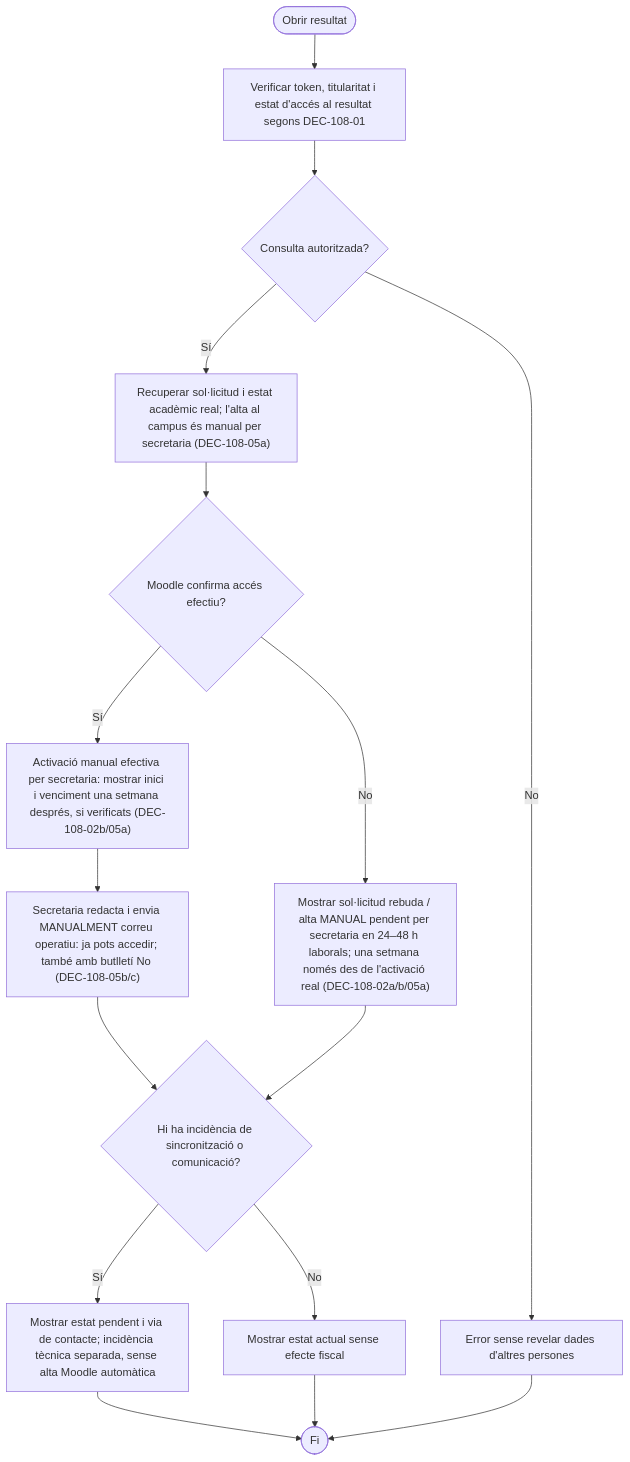
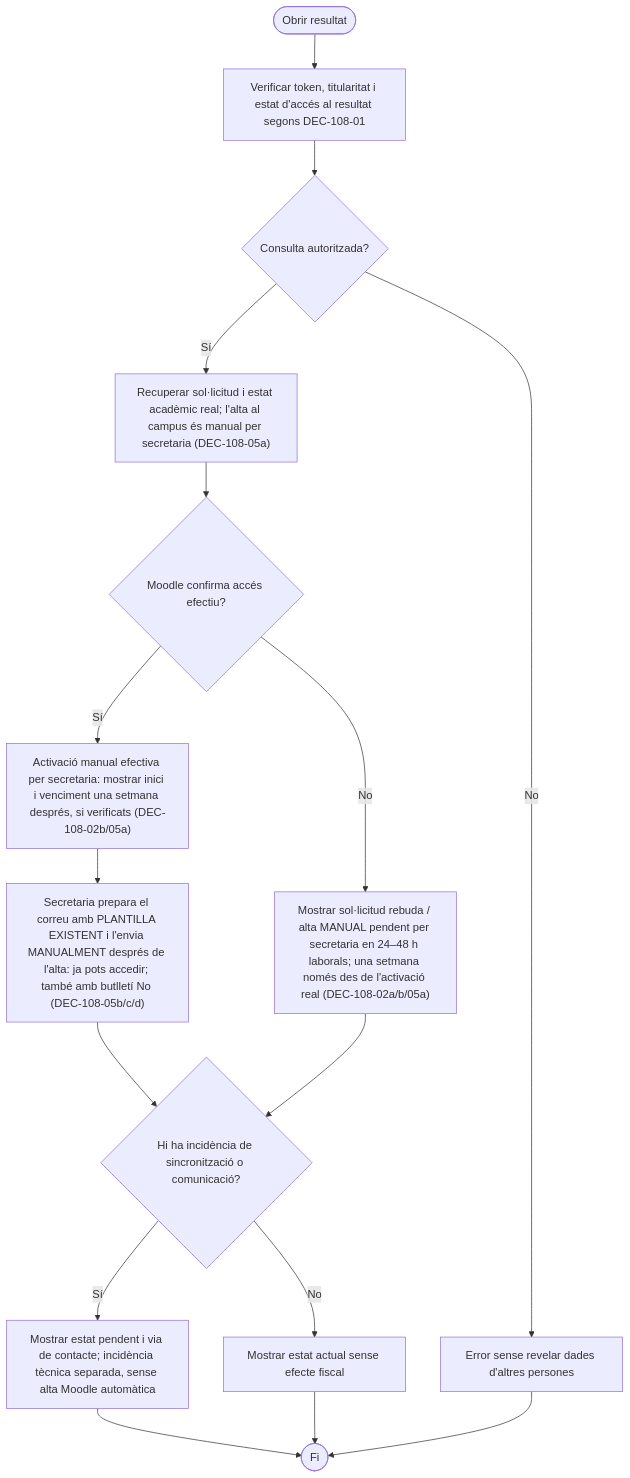
One commit to orgmeriemprismacat-del/verifactu changed the eighth of 8 diagrams in documentacio/07-uml-integrat/uc-108-vistes-grafiques-activitats-pagines.md. Above: the diagram before and after it, drawn with Mermaid. The commit also changed other lines of this file, not shown here.

Commit message:
docs(uc-108): use existing prepared access email template, manual dispatch only

````diff
--- a/documentacio/07-uml-integrat/uc-108-vistes-grafiques-activitats-pagines.md
+++ b/documentacio/07-uml-integrat/uc-108-vistes-grafiques-activitats-pagines.md
@@ -174,18 +174,18 @@
 ```mermaid
 flowchart TD
   A([Obrir resultat]) --> B["Verificar token, titularitat i estat d'accés al resultat segons DEC-108-01"]
   B --> C{"Consulta autoritzada?"}
   C -->|No| D["Error sense revelar dades d'altres persones"]
   C -->|Sí| E["Recuperar sol·licitud i estat acadèmic real; l'alta al campus és manual per secretaria (DEC-108-05a)"]
   E --> F{"Moodle confirma accés efectiu?"}
   F -->|Sí| G["Activació manual efectiva per secretaria: mostrar inici i venciment una setmana després, si verificats (DEC-108-02b/05a)"]
-  G --> GE["Secretaria redacta i envia MANUALMENT correu operatiu: ja pots accedir; també amb butlletí No (DEC-108-05b/c)"]
+  G --> GE["Secretaria prepara el correu amb PLANTILLA EXISTENT i l'envia MANUALMENT després de l'alta: ja pots accedir; també amb butlletí No (DEC-108-05b/c/d)"]
   F -->|No| H["Mostrar sol·licitud rebuda / alta MANUAL pendent per secretaria en 24–48 h laborals; una setmana només des de l'activació real (DEC-108-02a/b/05a)"]
   GE --> I{"Hi ha incidència de sincronització o comunicació?"}
   H --> I
   I -->|Sí| J["Mostrar estat pendent i via de contacte; incidència tècnica separada, sense alta Moodle automàtica"]
   I -->|No| K["Mostrar estat actual sense efecte fiscal"]
   J --> L([Fi])
   K --> L
   D --> L
 ```
````
